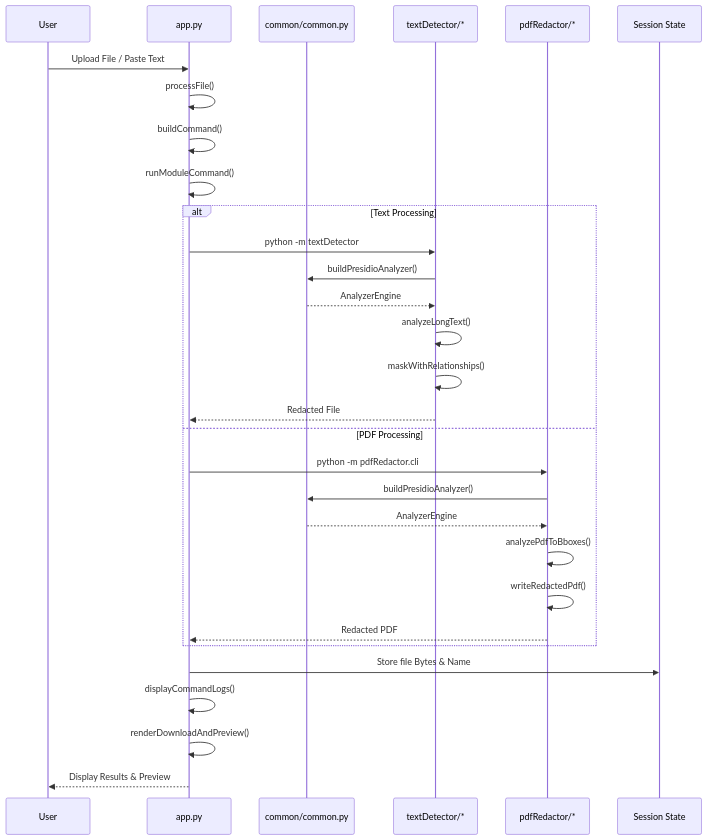
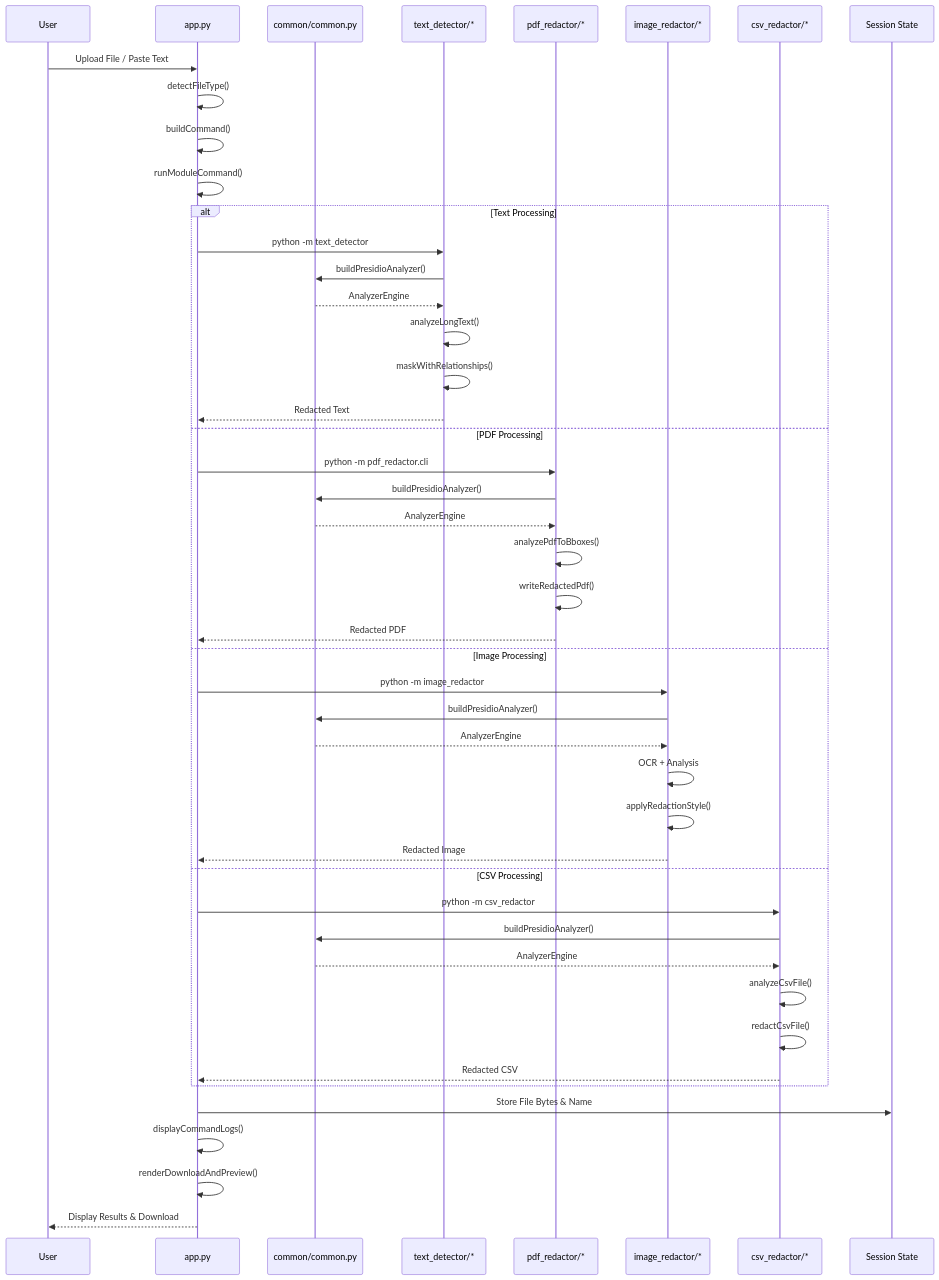
Before and after one commit to manansvr/pii-detection-redaction: the second of 10 diagrams in README.md, drawn with Mermaid. The commit also changed other lines of this file and 65 other files, not shown here.

````diff
--- a/README.md
+++ b/README.md
@@ -150,35 +171,51 @@
 ```mermaid
 sequenceDiagram
     participant User
     participant Streamlit as app.py
     participant Common as common/common.py
-    participant TextDetector as textDetector/*
-    participant PDFRedactor as pdfRedactor/*
+    participant TextDetector as text_detector/*
+    participant PDFRedactor as pdf_redactor/*
+    participant ImageRedactor as image_redactor/*
+    participant CSVRedactor as csv_redactor/*
     participant Session as Session State
 
     User->>Streamlit: Upload File / Paste Text
-    Streamlit->>Streamlit: processFile()
+    Streamlit->>Streamlit: detectFileType()
     Streamlit->>Streamlit: buildCommand()
     Streamlit->>Streamlit: runModuleCommand()
 
     alt Text Processing
-        Streamlit->>TextDetector: python -m textDetector
+        Streamlit->>TextDetector: python -m text_detector
         TextDetector->>Common: buildPresidioAnalyzer()
         Common-->>TextDetector: AnalyzerEngine
         TextDetector->>TextDetector: analyzeLongText()
         TextDetector->>TextDetector: maskWithRelationships()
-        TextDetector-->>Streamlit: Redacted File
+        TextDetector-->>Streamlit: Redacted Text
     else PDF Processing
-        Streamlit->>PDFRedactor: python -m pdfRedactor.cli
+        Streamlit->>PDFRedactor: python -m pdf_redactor.cli
         PDFRedactor->>Common: buildPresidioAnalyzer()
         Common-->>PDFRedactor: AnalyzerEngine
         PDFRedactor->>PDFRedactor: analyzePdfToBboxes()
         PDFRedactor->>PDFRedactor: writeRedactedPdf()
         PDFRedactor-->>Streamlit: Redacted PDF
+    else Image Processing
+        Streamlit->>ImageRedactor: python -m image_redactor
+        ImageRedactor->>Common: buildPresidioAnalyzer()
+        Common-->>ImageRedactor: AnalyzerEngine
+        ImageRedactor->>ImageRedactor: OCR + Analysis
+        ImageRedactor->>ImageRedactor: applyRedactionStyle()
+        ImageRedactor-->>Streamlit: Redacted Image
+    else CSV Processing
+        Streamlit->>CSVRedactor: python -m csv_redactor
+        CSVRedactor->>Common: buildPresidioAnalyzer()
+        Common-->>CSVRedactor: AnalyzerEngine
+        CSVRedactor->>CSVRedactor: analyzeCsvFile()
+        CSVRedactor->>CSVRedactor: redactCsvFile()
+        CSVRedactor-->>Streamlit: Redacted CSV
     end
 
-    Streamlit->>Session: Store file Bytes & Name
+    Streamlit->>Session: Store File Bytes & Name
     Streamlit->>Streamlit: displayCommandLogs()
     Streamlit->>Streamlit: renderDownloadAndPreview()
-    Streamlit-->>User: Display Results & Preview
+    Streamlit-->>User: Display Results & Download
 ```
````
